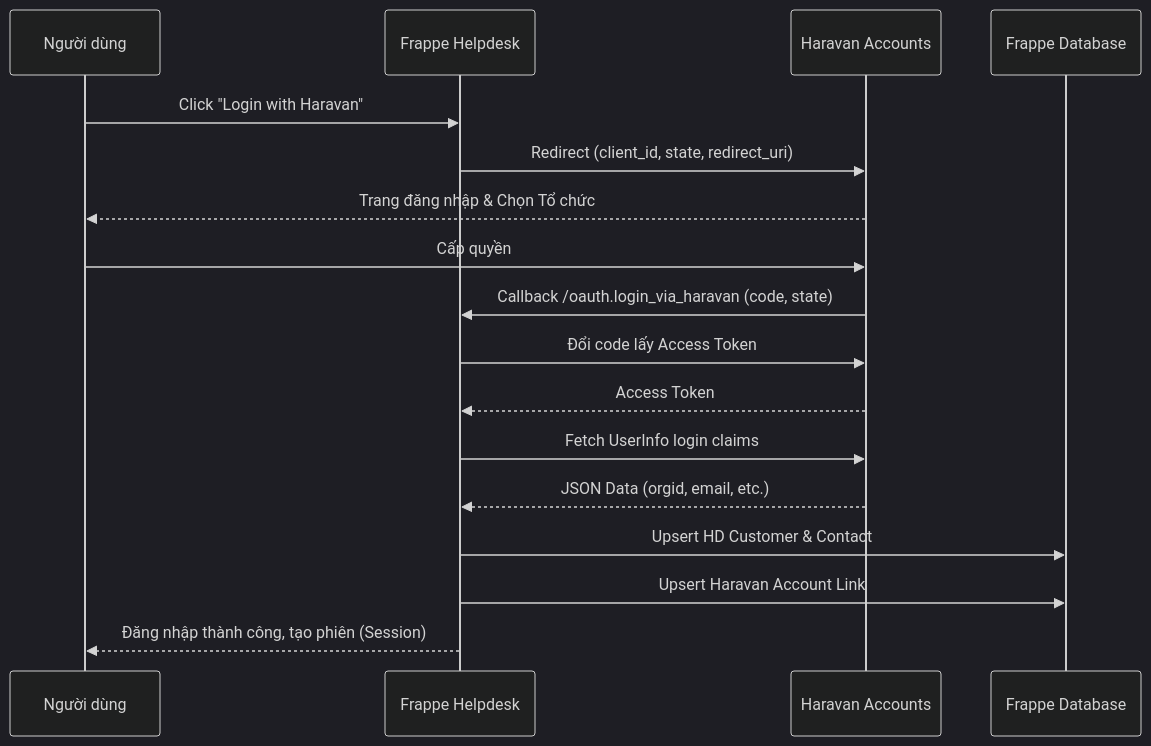
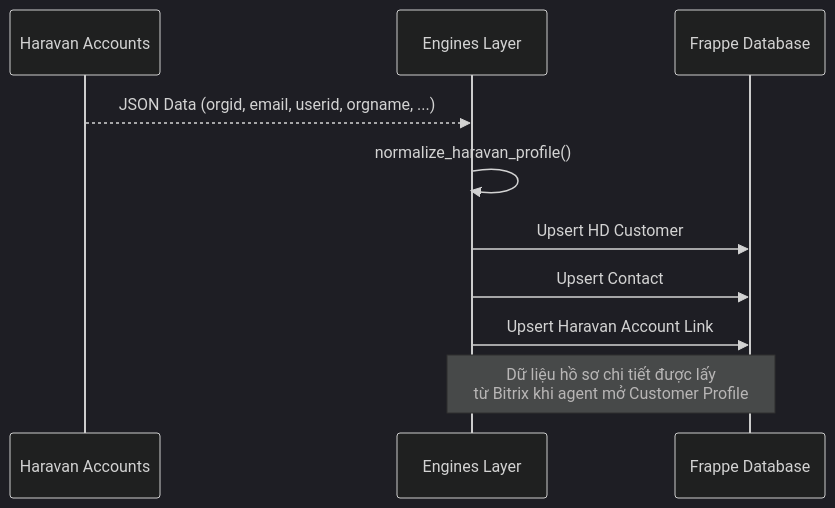
Before and after one commit to tody-agent/login_with_haravan: the first of 2 diagrams in docs/architecture/data-flow.md, drawn with Mermaid (dark theme). The commit also changed other lines of this file and 43 other files, not shown here.

````diff
--- a/docs/architecture/data-flow.md
+++ b/docs/architecture/data-flow.md
@@ -16,20 +16,14 @@
 ```mermaid
 sequenceDiagram
-    participant User as Người dùng
-    participant Frappe as Frappe Helpdesk
     participant Haravan as Haravan Accounts
+    participant Engine as Engines Layer
     participant DB as Frappe Database
 
-    User->>Frappe: Click "Login with Haravan"
-    Frappe->>Haravan: Redirect (client_id, state, redirect_uri)
-    Haravan-->>User: Trang đăng nhập & Chọn Tổ chức
-    User->>Haravan: Cấp quyền
-    Haravan->>Frappe: Callback /oauth.login_via_haravan (code, state)
-    Frappe->>Haravan: Đổi code lấy Access Token
-    Haravan-->>Frappe: Access Token
-    Frappe->>Haravan: Fetch UserInfo login claims
-    Haravan-->>Frappe: JSON Data (orgid, email, etc.)
-    Frappe->>DB: Upsert HD Customer & Contact
-    Frappe->>DB: Upsert Haravan Account Link
-    Frappe-->>User: Đăng nhập thành công, tạo phiên (Session)
+    Haravan-->>Engine: JSON Data (orgid, email, userid, orgname, ...)
+    Engine->>Engine: normalize_haravan_profile()
+    Engine->>DB: Upsert HD Customer
+    Engine->>DB: Upsert Contact
+    Engine->>DB: Upsert Haravan Account Link
+
+    Note over Engine,DB: Dữ liệu hồ sơ chi tiết được lấy<br/>từ Bitrix khi agent mở Customer Profile
 ```
````
